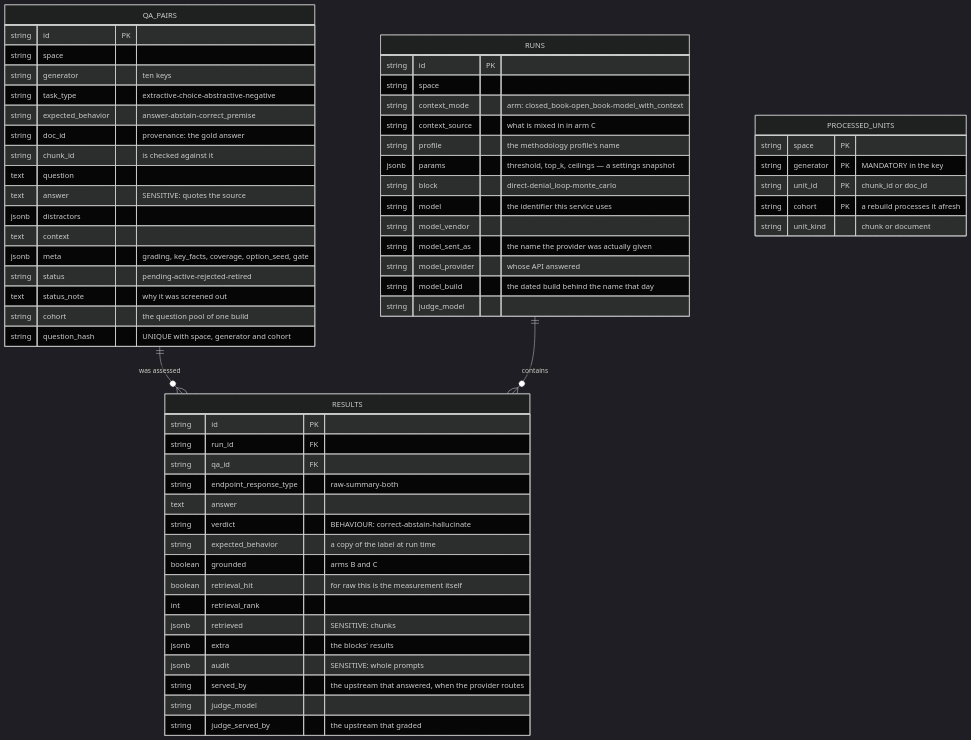
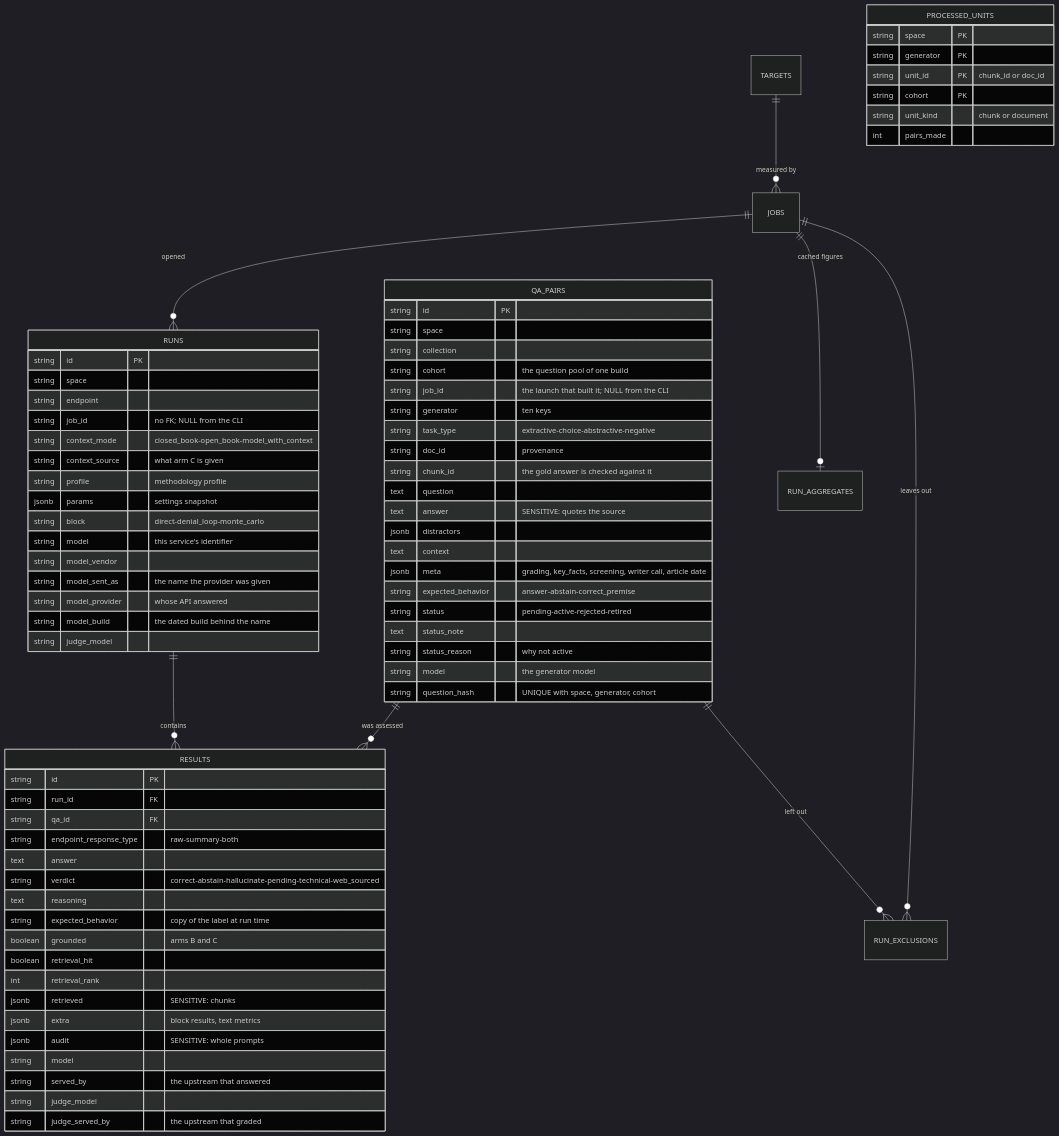
Before and after one commit to OpenMined/syft-space: the diagram in packages/benchmark/docs/data-model.md, drawn with Mermaid (dark theme). The commit also changed other lines of this file and 112 other files, not shown here.

Commit message:
feat(benchmark): question quality and grading fixes, archive check, spaCy removed; front matter metadata in Space; docs refreshed

````diff
--- a/packages/benchmark/docs/data-model.md
+++ b/packages/benchmark/docs/data-model.md
@@ -7,65 +6,79 @@
 ```mermaid
 erDiagram
     QA_PAIRS ||--o{ RESULTS : "was assessed"
     RUNS ||--o{ RESULTS : "contains"
+    JOBS ||--o{ RUNS : "opened"
+    JOBS ||--o{ RUN_EXCLUSIONS : "leaves out"
+    QA_PAIRS ||--o{ RUN_EXCLUSIONS : "left out"
+    JOBS ||--o| RUN_AGGREGATES : "cached figures"
+    TARGETS ||--o{ JOBS : "measured by"
     PROCESSED_UNITS
 
     QA_PAIRS {
         string id PK
         string space
+        string collection
+        string cohort "the question pool of one build"
+        string job_id "the launch that built it; NULL from the CLI"
         string generator "ten keys"
         string task_type "extractive-choice-abstractive-negative"
-        string expected_behavior "answer-abstain-correct_premise"
-        string doc_id "provenance: the gold answer"
-        string chunk_id "is checked against it"
+        string doc_id "provenance"
+        string chunk_id "the gold answer is checked against it"
         text question
         text answer "SENSITIVE: quotes the source"
         jsonb distractors
         text context
-        jsonb meta "grading, key_facts, coverage, option_seed, gate"
+        jsonb meta "grading, key_facts, screening, writer call, article date"
+        string expected_behavior "answer-abstain-correct_premise"
         string status "pending-active-rejected-retired"
-        text status_note "why it was screened out"
-        string cohort "the question pool of one build"
-        string question_hash "UNIQUE with space, generator and cohort"
+        text status_note
+        string status_reason "why not active"
+        string model "the generator model"
+        string question_hash "UNIQUE with space, generator, cohort"
     }
     PROCESSED_UNITS {
         string space PK
-        string generator PK "MANDATORY in the key"
+        string generator PK
         string unit_id PK "chunk_id or doc_id"
-        string cohort PK "a rebuild processes it afresh"
+        string cohort PK
         string unit_kind "chunk or document"
+        int pairs_made
     }
     RUNS {
         string id PK
         string space
-        string context_mode "arm: closed_book-open_book-model_with_context"
-        string context_source "what is mixed in in arm C"
-        string profile "the methodology profile's name"
-        jsonb params "threshold, top_k, ceilings — a settings snapshot"
+        string endpoint
+        string job_id "no FK; NULL from the CLI"
+        string context_mode "closed_book-open_book-model_with_context"
+        string context_source "what arm C is given"
+        string profile "methodology profile"
+        jsonb params "settings snapshot"
         string block "direct-denial_loop-monte_carlo"
-        string model "the identifier this service uses"
+        string model "this service's identifier"
         string model_vendor
-        string model_sent_as "the name the provider was actually given"
+        string model_sent_as "the name the provider was given"
         string model_provider "whose API answered"
-        string model_build "the dated build behind the name that day"
+        string model_build "the dated build behind the name"
         string judge_model
     }
     RESULTS {
         string id PK
         string run_id FK
         string qa_id FK
         string endpoint_response_type "raw-summary-both"
         text answer
-        string verdict "BEHAVIOUR: correct-abstain-hallucinate"
-        string expected_behavior "a copy of the label at run time"
+        string verdict "correct-abstain-hallucinate-pending-technical-web_sourced"
+        text reasoning
+        string expected_behavior "copy of the label at run time"
         boolean grounded "arms B and C"
-        boolean retrieval_hit "for raw this is the measurement itself"
+        boolean retrieval_hit
         int retrieval_rank
         jsonb retrieved "SENSITIVE: chunks"
-        jsonb extra "the blocks' results"
+        jsonb extra "block results, text metrics"
         jsonb audit "SENSITIVE: whole prompts"
-        string served_by "the upstream that answered, when the provider routes"
+        string model
+        string served_by "the upstream that answered"
         string judge_model
         string judge_served_by "the upstream that graded"
     }
 ```
````
